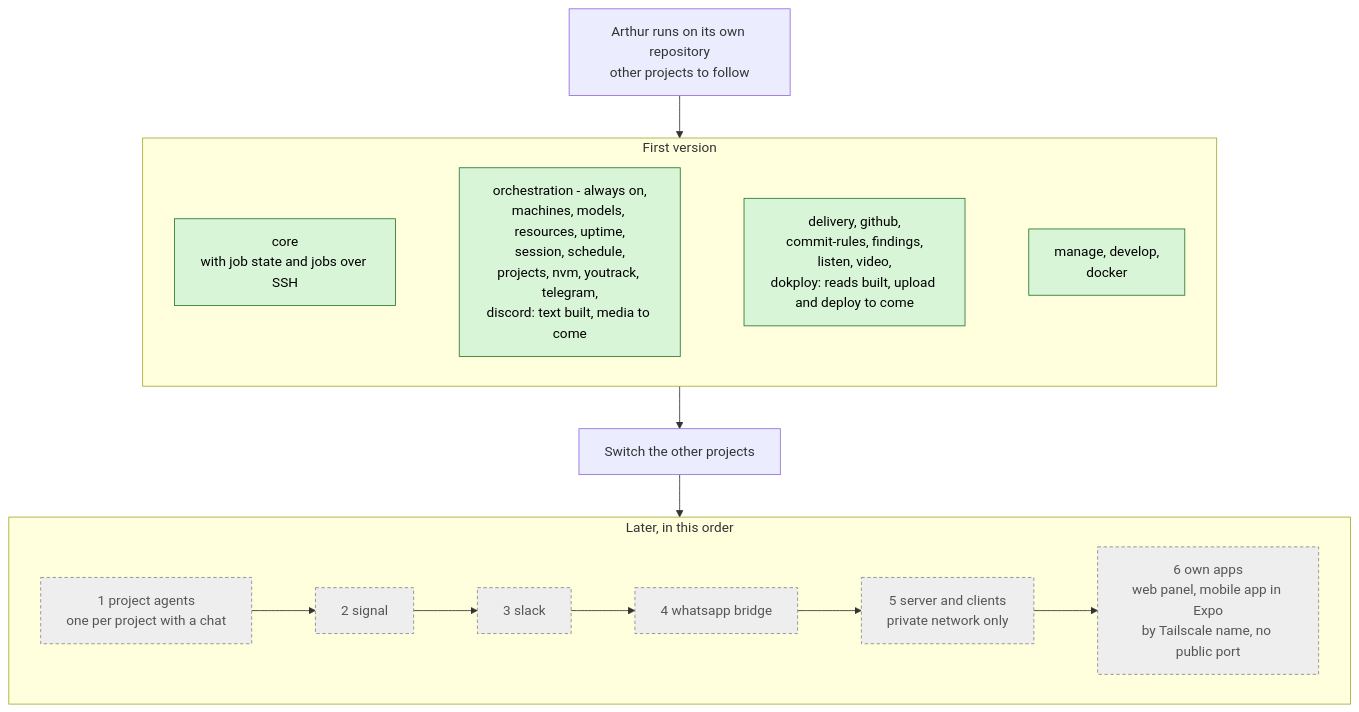
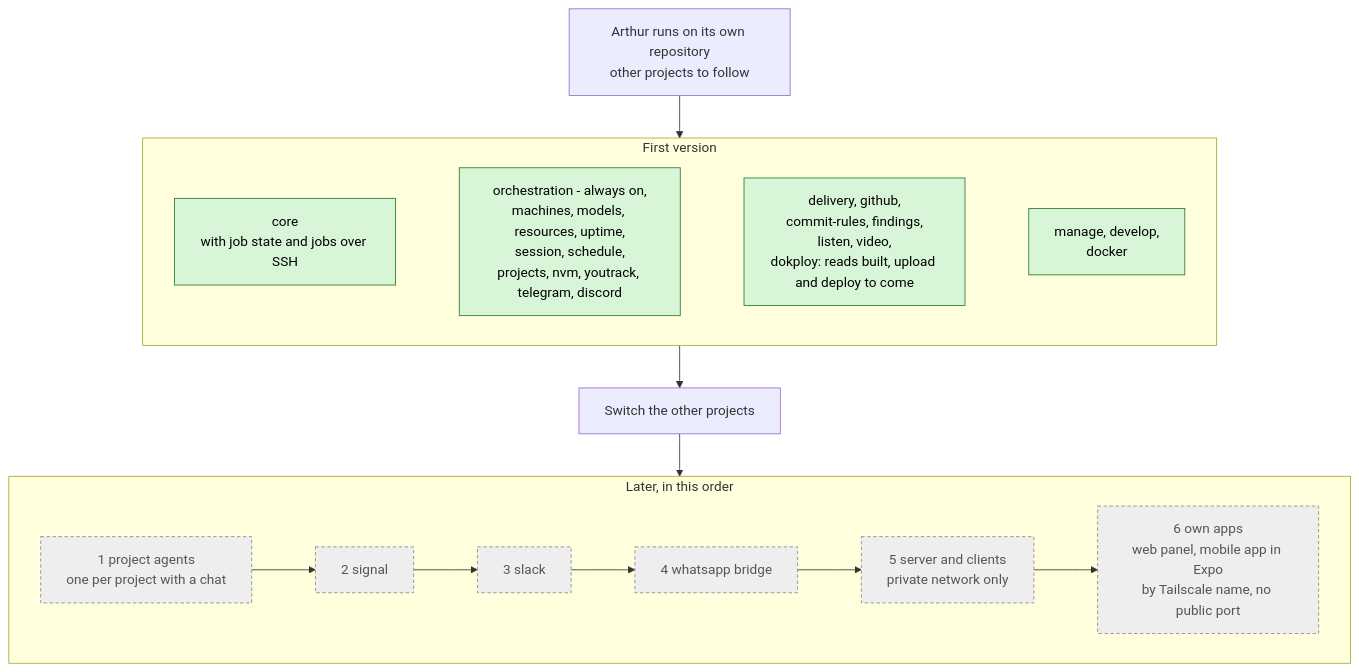
One commit to kacperadler/arthur changed the diagram in docs/architecture/versions.mmd. Above: the diagram before and after it, drawn with Mermaid. The commit also changed 20 other files, not shown here.

```diff
--- a/docs/architecture/versions.mmd
+++ b/docs/architecture/versions.mmd
@@ -1,30 +1,30 @@
 %% From the switch (Arthur runs on its own repository since 2026-10-25) to the rest of Arthur's first version and after it. Green = first version, grey dashed = later.
 flowchart TD
   today[Arthur runs on its own repository<br/>other projects to follow]
 
   subgraph V1[First version]
     core[core<br/>with job state and jobs over SSH]
-    p1[orchestration - always on,<br/>machines, models, resources, uptime,<br/>session, schedule,<br/>projects, nvm, youtrack, telegram,<br/>discord: text built, media to come]
+    p1[orchestration - always on,<br/>machines, models, resources, uptime,<br/>session, schedule,<br/>projects, nvm, youtrack, telegram, discord]
     p2[delivery, github,<br/>commit-rules, findings,<br/>listen, video,<br/>dokploy: reads built, upload and deploy to come]
     p3[manage, develop,<br/>docker]
     core ~~~ p1 ~~~ p2 ~~~ p3
   end
 
   switch2[Switch the other projects]
 
   subgraph V2[Later, in this order]
     agents[1 project agents<br/>one per project with a chat]
     signal[2 signal]
     slack[3 slack]
     whatsapp[4 whatsapp bridge]
     server[5 server and clients<br/>private network only]
     apps[6 own apps<br/>web panel, mobile app in Expo<br/>by Tailscale name, no public port]
     agents --> signal --> slack --> whatsapp --> server --> apps
   end
 
   today --> V1 --> switch2 --> V2
 
   classDef first fill:#d8f5d8,stroke:#2d7a2d,color:#000;
   classDef later fill:#eee,stroke:#888,stroke-dasharray:4 3,color:#555;
   class core,p1,p2,p3 first;
   class agents,signal,slack,whatsapp,server,apps later;
```
